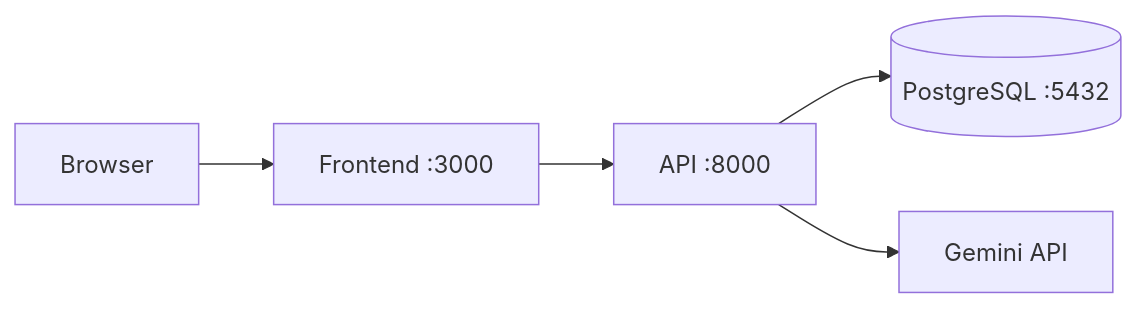
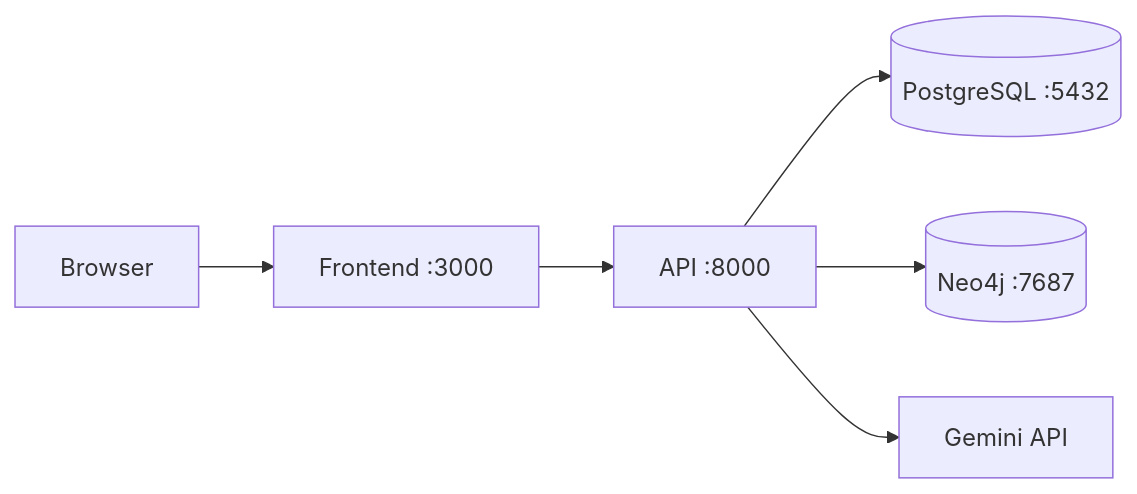
The diagram in docs/deployment/local-development.md (alpha-nu/code-remote), drawn with Mermaid before and after one commit. The commit also changed other lines of this file and 2 other files, not shown here.

First line of the commit message:
feat: add Neo4j migration CLI and fix label warning

````diff
--- a/docs/deployment/local-development.md
+++ b/docs/deployment/local-development.md
@@ -261,7 +283,8 @@
 ```mermaid
 flowchart LR
     Browser --> Frontend[Frontend :3000]
     Frontend --> API[API :8000]
     API --> DB[(PostgreSQL :5432)]
+    API --> Neo4j[(Neo4j :7687)]
     API --> Gemini[Gemini API]
 ```
````
